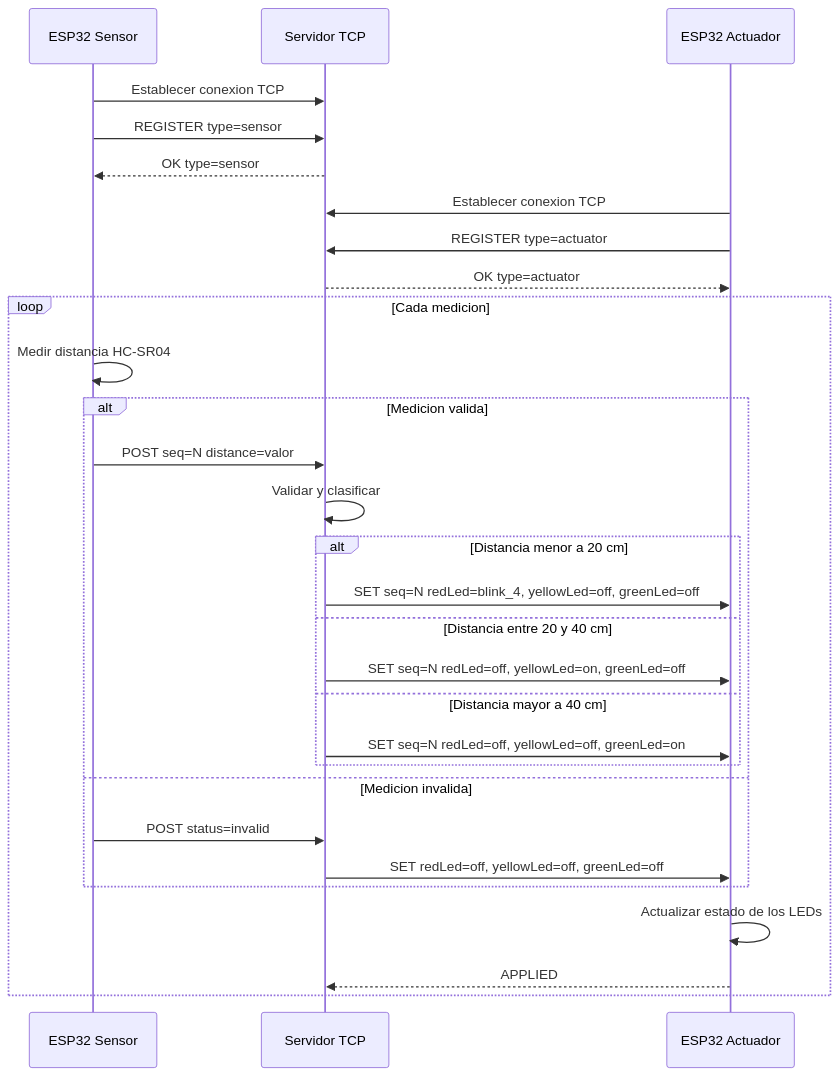
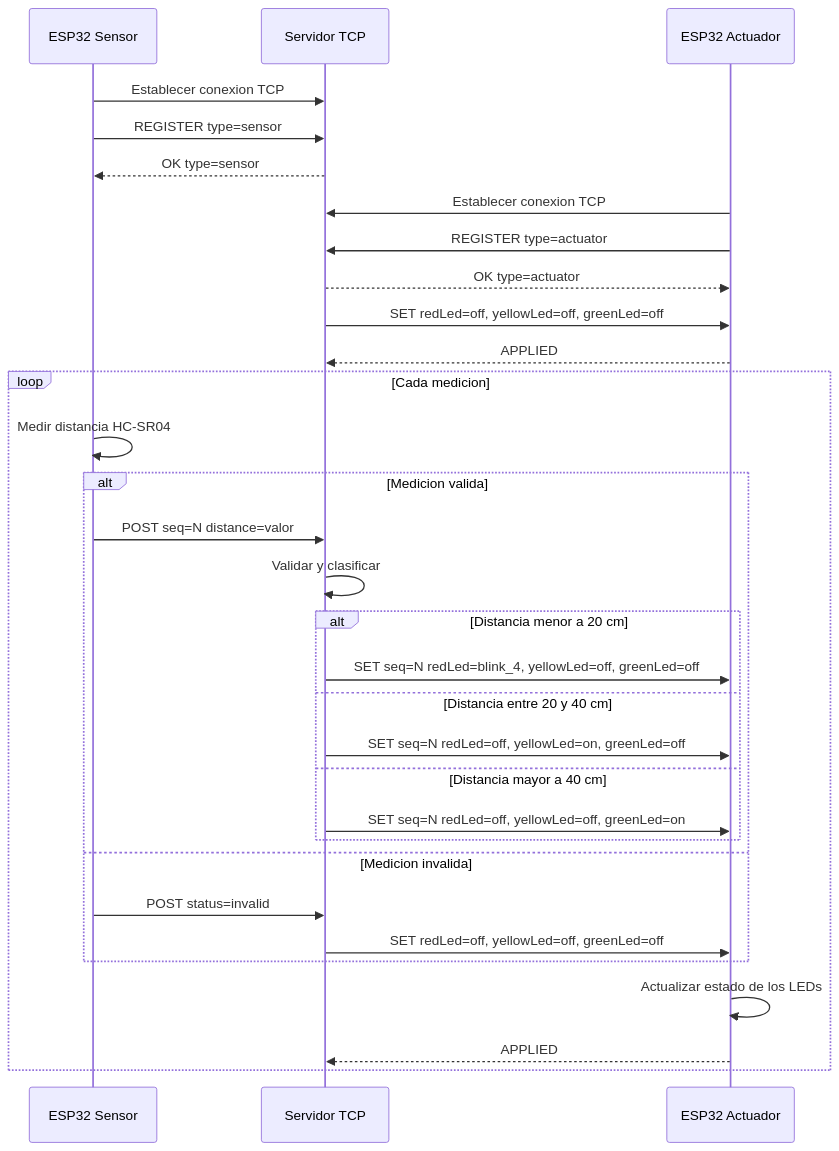
One commit to Matuidich/Practica2-IoT changed the second of 2 diagrams in informe.md. Above: the diagram before and after it, drawn with Mermaid.

Commit message:
correccion

````diff
--- a/informe.md
+++ b/informe.md
@@ -171,38 +171,39 @@
 ```mermaid
 sequenceDiagram
     participant S as ESP32 Sensor
     participant SV as Servidor TCP
     participant A as ESP32 Actuador
 
     S->>SV: Establecer conexion TCP
     S->>SV: REGISTER type=sensor
     SV-->>S: OK type=sensor
 
     A->>SV: Establecer conexion TCP
     A->>SV: REGISTER type=actuator
     SV-->>A: OK type=actuator
-
+    SV->>A: SET redLed=off, yellowLed=off, greenLed=off
+    A-->>SV: APPLIED
     loop Cada medicion
         S->>S: Medir distancia HC-SR04
 
         alt Medicion valida
             S->>SV: POST seq=N distance=valor
             SV->>SV: Validar y clasificar
 
             alt Distancia menor a 20 cm
                 SV->>A: SET seq=N redLed=blink_4, yellowLed=off, greenLed=off
             else Distancia entre 20 y 40 cm
                 SV->>A: SET seq=N redLed=off, yellowLed=on, greenLed=off
             else Distancia mayor a 40 cm
                 SV->>A: SET seq=N redLed=off, yellowLed=off, greenLed=on
             end
 
         else Medicion invalida
             S->>SV: POST status=invalid
             SV->>A: SET redLed=off, yellowLed=off, greenLed=off
         end
 
         A->>A: Actualizar estado de los LEDs
         A-->>SV: APPLIED
     end
 ```
````
